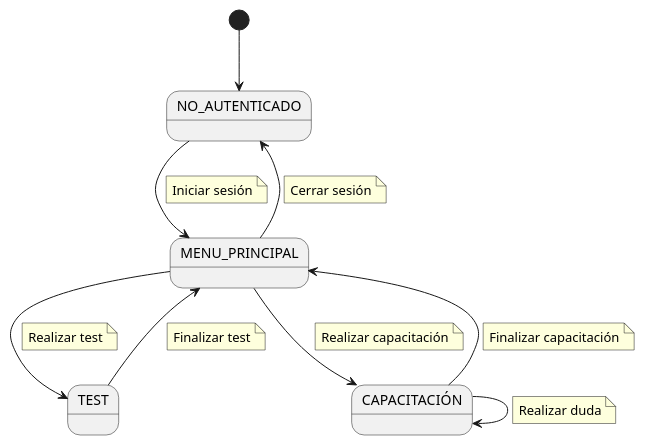
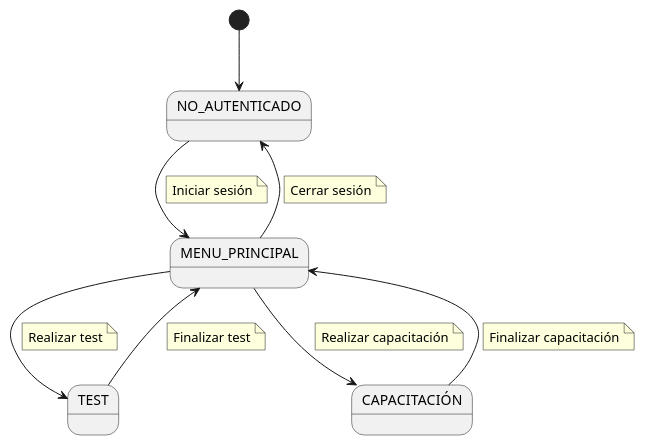
Before and after one commit to mmasias/24-25-IdSw1-SDR: the diagram in casos_de_uso/diagramas_de_contexto/diagrama_contexto_usuario.puml, drawn with PlantUML. The commit also changed 1 other file, not shown here.

Commit message:
Cambios en diagramas de contexto

```diff
--- a/casos_de_uso/diagramas_de_contexto/diagrama_contexto_usuario.puml
+++ b/casos_de_uso/diagramas_de_contexto/diagrama_contexto_usuario.puml
@@ -1,46 +1,41 @@
 @startuml
 
 state "NO_AUTENTICADO" as NoAuth
 state "MENU_PRINCIPAL" as Menu
 state "TEST" as Test
 state "CAPACITACIÓN" as Capacitación
 
 [*] --> NoAuth
 
 NoAuth --> Menu
     note on link
         Iniciar sesión
     end note
 
 Menu --> NoAuth
     note on link
         Cerrar sesión
     end note
 
 Menu --> Test
     note on link
         Realizar test
     end note
 
 Menu --> Capacitación
     note on link
         Realizar capacitación
     end note
 
 Capacitación --> Menu
     note on link
         Finalizar capacitación
     end note
 
-Capacitación --> Capacitación
-    note on link
-        Realizar duda
-    end note
-
 Test --> Menu
     note on link
         Finalizar test
     end note
 
 
 @enduml
```
